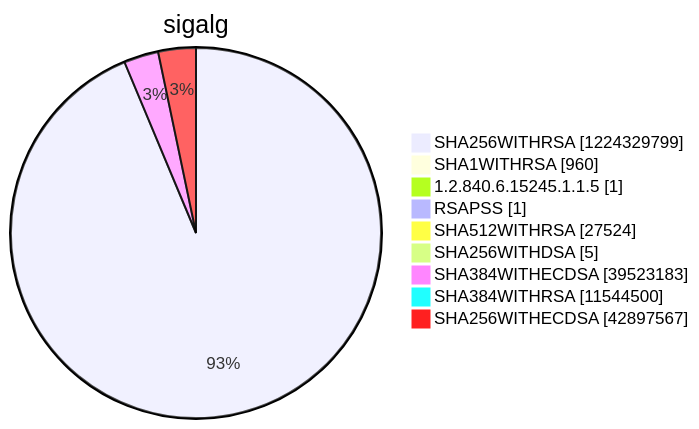
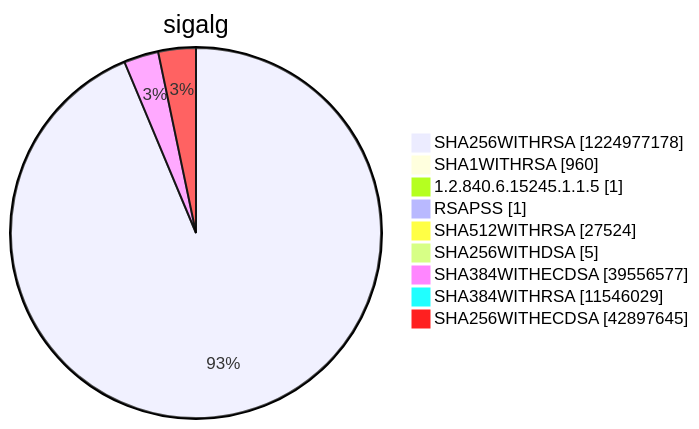
Diagram 15 of 15 in argon2022/README.md (christiankrug/ctmonitor_visualization), drawn with Mermaid before and after one commit. The commit also changed other lines of this file, not shown here.

````diff
--- a/argon2022/README.md
+++ b/argon2022/README.md
@@ -5521,13 +5521,13 @@
 ```mermaid
 pie showData
 title sigalg
-"SHA256WITHRSA" :1224329799
+"SHA256WITHRSA" :1224977178
 "SHA1WITHRSA" :960
 "1.2.840.6.15245.1.1.5" :1
 "RSAPSS" :1
 "SHA512WITHRSA" :27524
 "SHA256WITHDSA" :5
-"SHA384WITHECDSA" :39523183
-"SHA384WITHRSA" :11544500
-"SHA256WITHECDSA" :42897567
+"SHA384WITHECDSA" :39556577
+"SHA384WITHRSA" :11546029
+"SHA256WITHECDSA" :42897645
 ```
````
